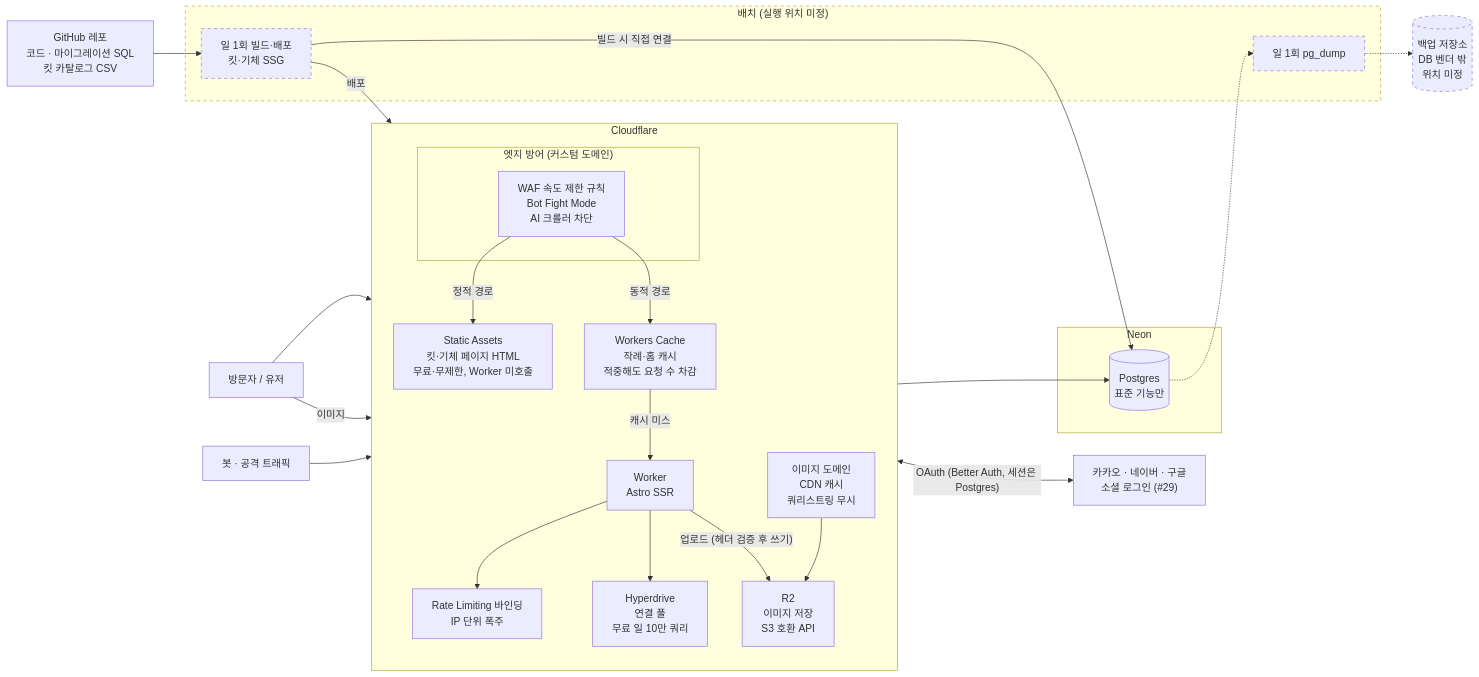
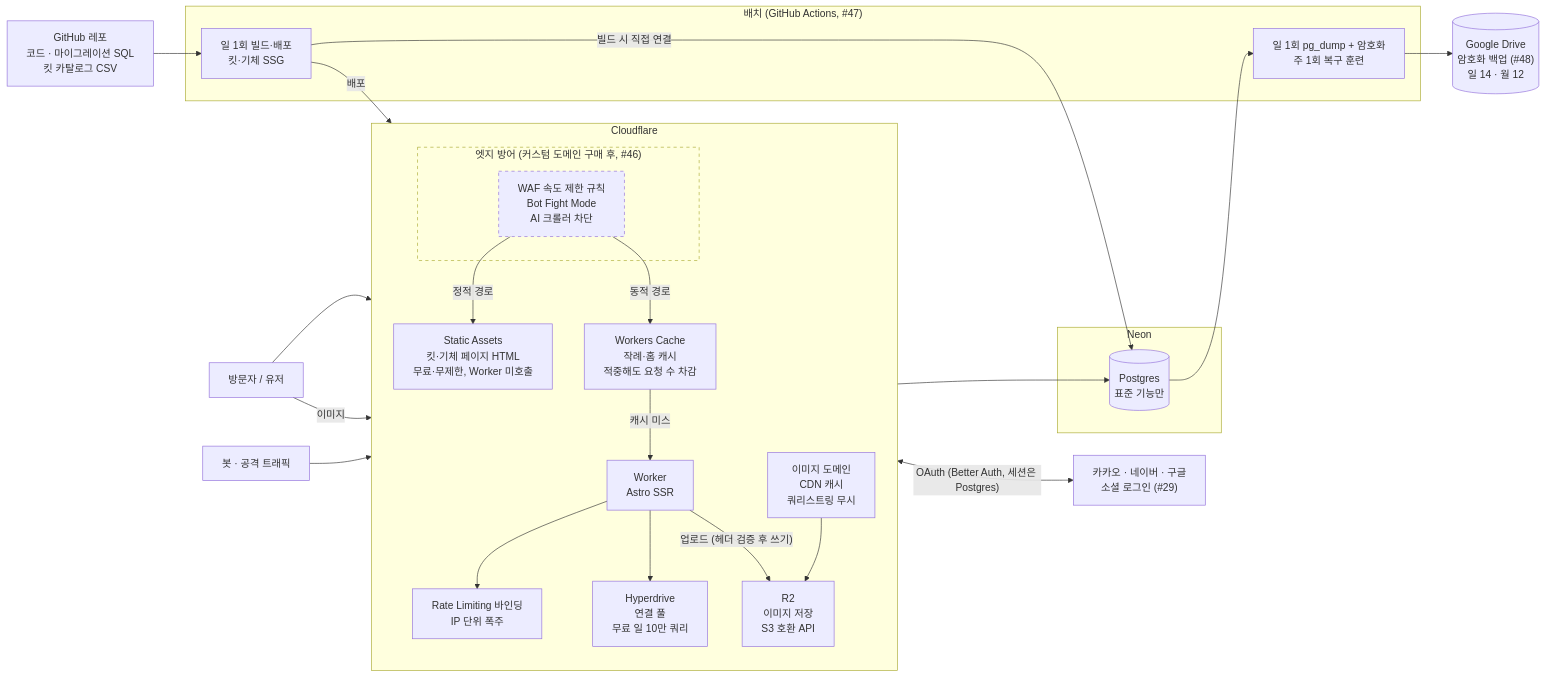
One commit to evanyun93/G-MOIM changed the first of 7 diagrams in docs/architecture/아키텍처_v1_2026-09-13.md. Above: the diagram before and after it, drawn with Mermaid. The commit also changed other lines of this file and 8 other files, not shown here.

First line of the commit message:
docs: 결정 #46~#48 무료 도메인으로 시작, 배치 GitHub Actions, Google Drive 백업·주간 복구 훈련

````diff
--- a/docs/architecture/아키텍처_v1_2026-09-13.md
+++ b/docs/architecture/아키텍처_v1_2026-09-13.md
@@ -25,52 +25,52 @@
 ```mermaid
 flowchart LR
     U["방문자 / 유저"]
     BOT["봇 · 공격 트래픽"]
 
     subgraph CF["Cloudflare"]
         direction TB
-        subgraph EDGE["엣지 방어 (커스텀 도메인)"]
+        subgraph EDGE["엣지 방어 (커스텀 도메인 구매 후, #46)"]
             WAF["WAF 속도 제한 규칙<br/>Bot Fight Mode<br/>AI 크롤러 차단"]
         end
         SA["Static Assets<br/>킷·기체 페이지 HTML<br/>무료·무제한, Worker 미호출"]
         WC["Workers Cache<br/>작례·홈 캐시<br/>적중해도 요청 수 차감"]
         W["Worker<br/>Astro SSR"]
         RL["Rate Limiting 바인딩<br/>IP 단위 폭주"]
         HD["Hyperdrive<br/>연결 풀<br/>무료 일 10만 쿼리"]
         R2["R2<br/>이미지 저장<br/>S3 호환 API"]
         IMG["이미지 도메인<br/>CDN 캐시<br/>쿼리스트링 무시"]
     end
 
     subgraph NEON["Neon"]
         PG[("Postgres<br/>표준 기능만")]
     end
 
-    subgraph CI["배치 (실행 위치 미정)"]
+    subgraph CI["배치 (GitHub Actions, #47)"]
         BUILD["일 1회 빌드·배포<br/>킷·기체 SSG"]
-        DUMP["일 1회 pg_dump"]
+        DUMP["일 1회 pg_dump + 암호화<br/>주 1회 복구 훈련"]
     end
 
     OAUTH["카카오 · 네이버 · 구글<br/>소셜 로그인 (#29)"]
 
-    BK[("백업 저장소<br/>DB 벤더 밖<br/>위치 미정")]
+    BK[("Google Drive<br/>암호화 백업 (#48)<br/>일 14 · 월 12")]
     REPO["GitHub 레포<br/>코드 · 마이그레이션 SQL<br/>킷 카탈로그 CSV"]
 
     U --> WAF
     BOT --> WAF
     WAF -->|정적 경로| SA
     WAF -->|동적 경로| WC
     WC -->|캐시 미스| W
     W --> RL
     W --> HD --> PG
     W -->|"업로드 (헤더 검증 후 쓰기)"| R2
     U -->|이미지| IMG --> R2
     W <-->|"OAuth (Better Auth, 세션은 Postgres)"| OAUTH
 
     REPO --> BUILD
     BUILD -->|빌드 시 직접 연결| PG
     BUILD -->|배포| SA
-    PG -.-> DUMP -.-> BK
+    PG --> DUMP --> BK
 
     classDef undecided stroke-dasharray: 5 5
-    class CI,BUILD,DUMP,BK undecided
+    class EDGE,WAF undecided
 ```
````
